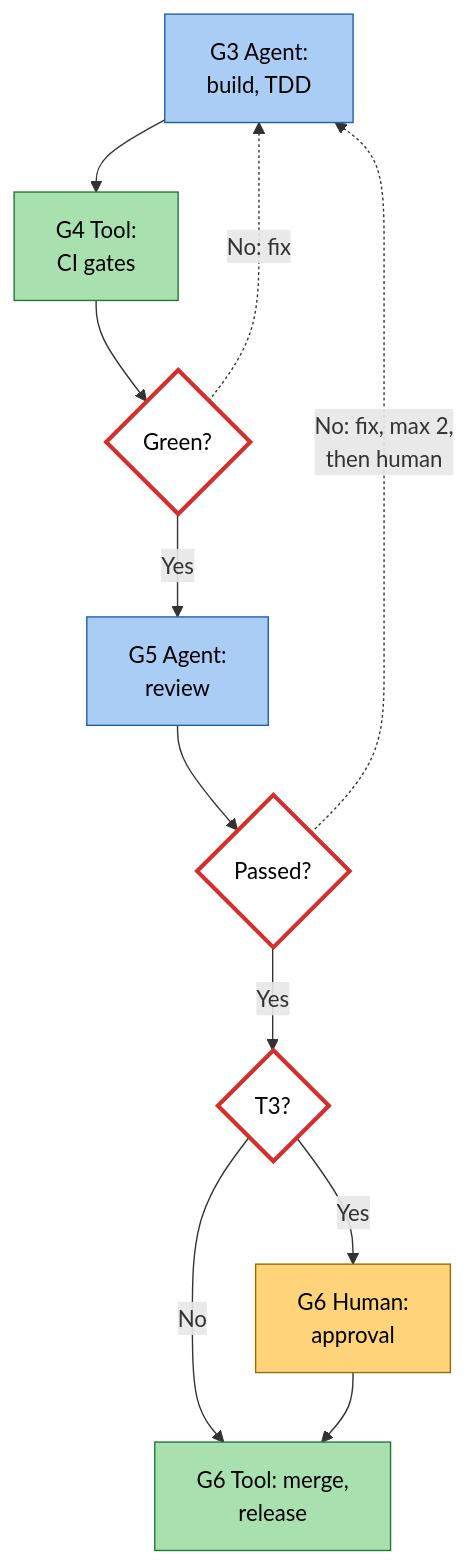
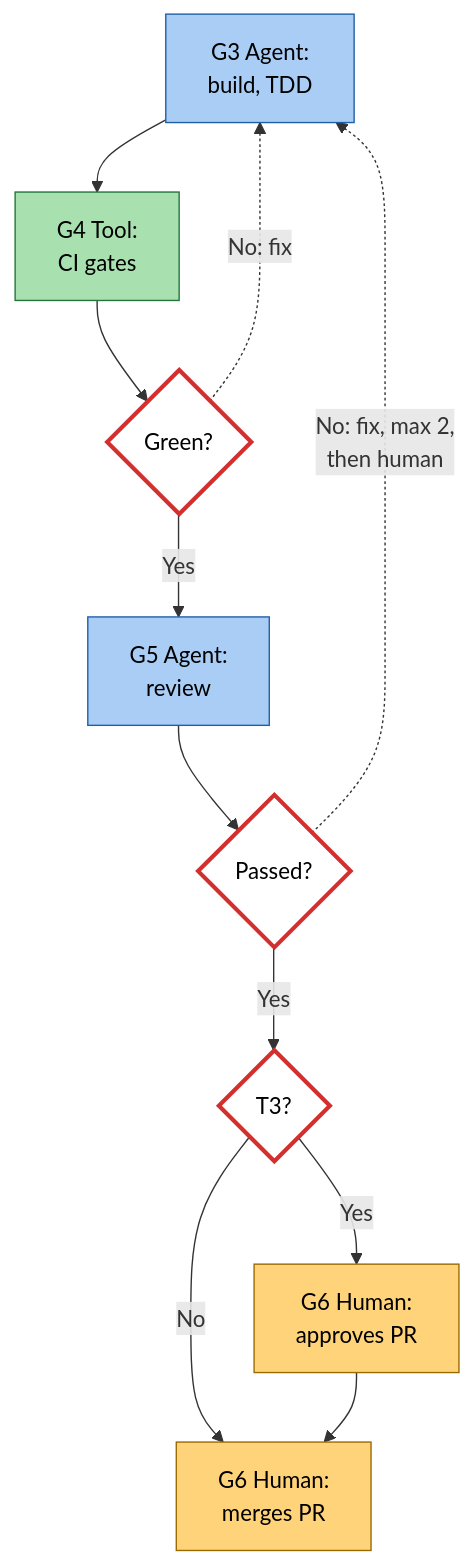
One commit to oneup4real/engineering-standards changed the second of 15 diagrams in README.md. Above: the diagram before and after it, drawn with Mermaid. The commit also changed other lines of this file and 1 other file, not shown here.

Commit message:
docs(rules): agents never push to the default branch or merge; a human merges the pull request

````diff
--- a/README.md
+++ b/README.md
@@ -89,17 +89,17 @@
 ```mermaid
 flowchart TD
     classDef human fill:#ffd37a,stroke:#9a6b00,color:#000
     classDef agent fill:#a9cdf5,stroke:#1f5fa8,color:#000
     classDef tool fill:#a8e0b0,stroke:#23753a,color:#000
     classDef gate fill:#fff,stroke:#d32f2f,stroke-width:3px,color:#000
     A["G3 Agent:<br/>build, TDD"]:::agent --> B["G4 Tool:<br/>CI gates"]:::tool
     B --> C{"Green?"}:::gate
     C -->|Yes| D["G5 Agent:<br/>review"]:::agent
     C -.->|"No: fix"| A
     D --> E{"Passed?"}:::gate
     E -.->|"No: fix, max 2,<br/>then human"| A
     E -->|Yes| F{"T3?"}:::gate
-    F -->|Yes| G["G6 Human:<br/>approval"]:::human
-    F -->|No| H["G6 Tool: merge,<br/>release"]:::tool
+    F -->|Yes| G["G6 Human:<br/>approves PR"]:::human
+    F -->|No| H["G6 Human:<br/>merges PR"]:::human
     G --> H
 ```
````
